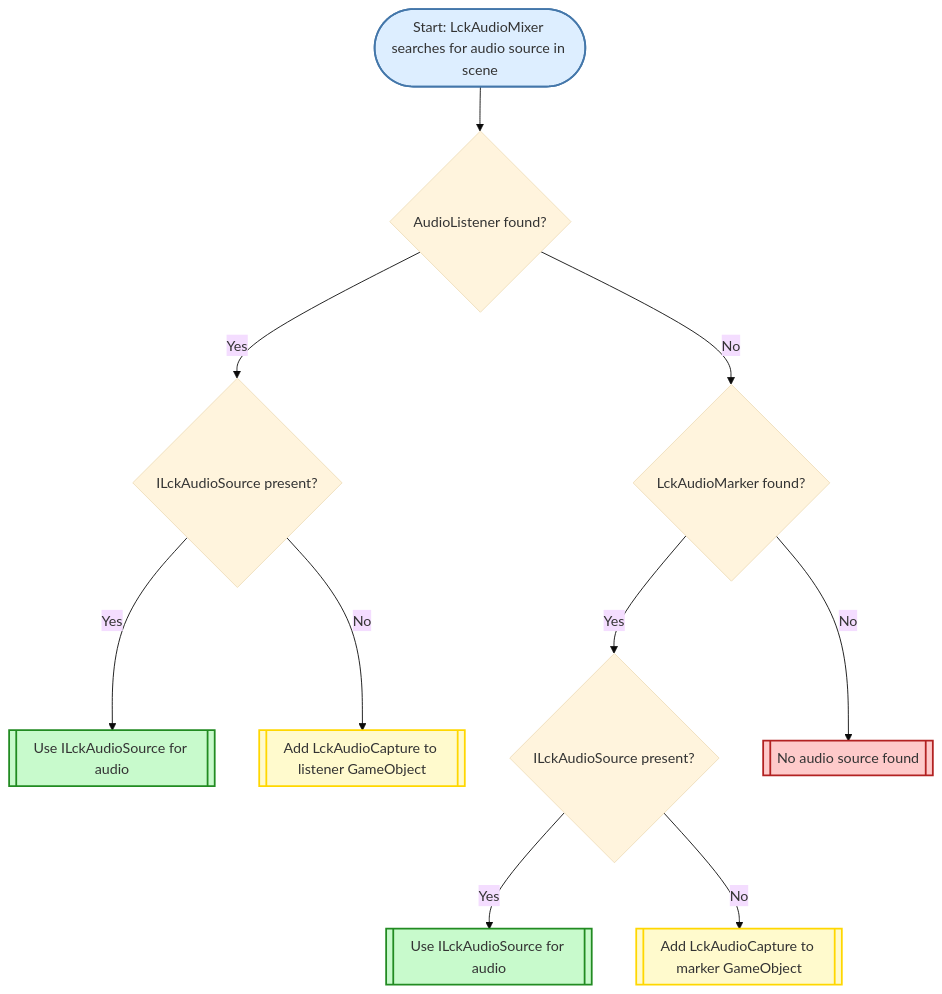
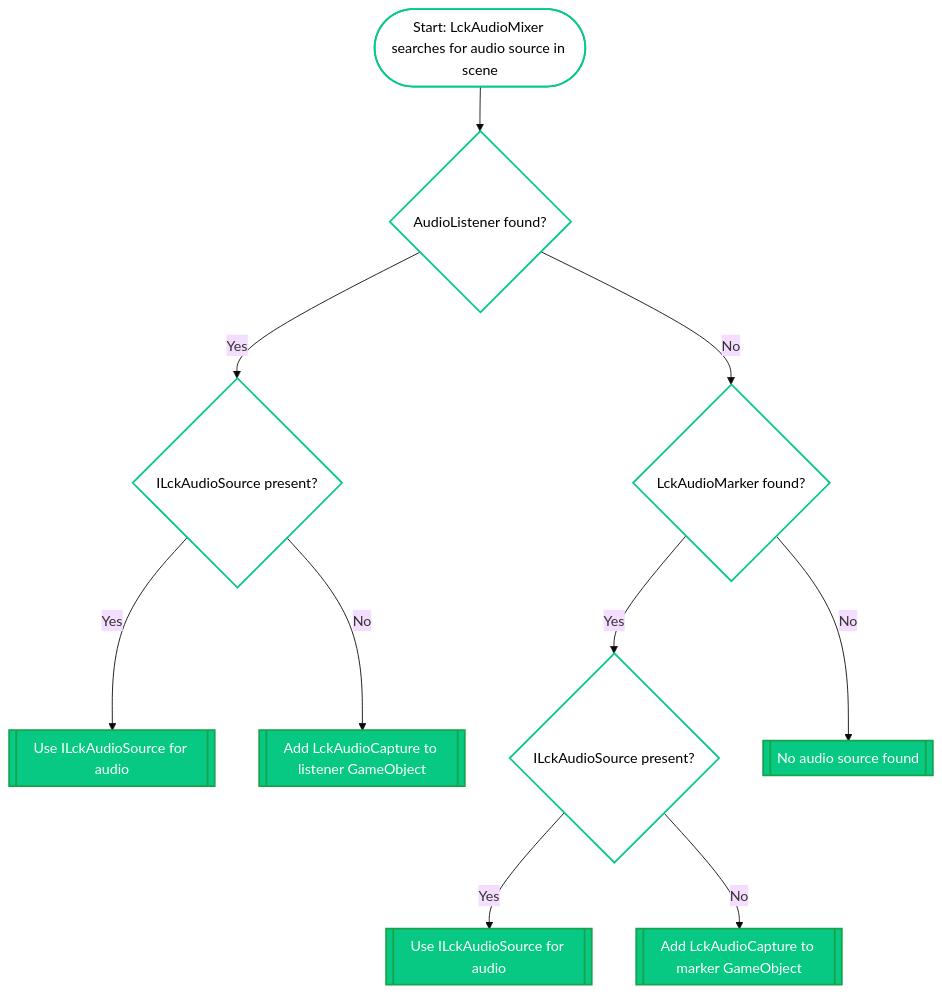
One commit to freydog-liv/docs changed the diagram in customisation/audio.mdx. Above: the diagram before and after it, drawn with Mermaid (base theme).

Commit message:
Documentation edits made through Mintlify web editor

````diff
--- a/customisation/audio.mdx
+++ b/customisation/audio.mdx
@@ -13,24 +13,29 @@
 ```mermaid
 flowchart TD
     A([Start: LckAudioMixer searches for audio source in scene]) --> B{AudioListener found?}
 
     B -->|Yes| C{ILckAudioSource present?}
     C -->|Yes| D[[Use ILckAudioSource for audio]]
     C -->|No| E[[Add LckAudioCapture to listener GameObject]]
 
     B -->|No| F{LckAudioMarker found?}
     F -->|Yes| G{ILckAudioSource present?}
     G -->|Yes| H[[Use ILckAudioSource for audio]]
     G -->|No| I[[Add LckAudioCapture to marker GameObject]]
 
     F -->|No| J[[No audio source found]]
 
 
-        %% Styling
-    style A fill:#DDEEFF,stroke:#4477AA,stroke-width:2px
-    style D fill:#C8FACC,stroke:#228B22,stroke-width:2px
-    style E fill:#FFFACD,stroke:#FFD700,stroke-width:2px
-    style H fill:#C8FACC,stroke:#228B22,stroke-width:2px
-    style I fill:#FFFACD,stroke:#FFD700,stroke-width:2px
-    style J fill:#FECACA,stroke:#B22222,stroke-width:2px
+         %% Styling
+    style A fill:#FFFFFF,stroke:#07C983,stroke-width:2px,color:#000000
+    style B fill:#FFFFFF,stroke:#07C983,stroke-width:2px,color:#000000
+    style C fill:#FFFFFF,stroke:#07C983,stroke-width:2px,color:#000000
+    style F fill:#FFFFFF,stroke:#07C983,stroke-width:2px,color:#000000
+    style G fill:#FFFFFF,stroke:#07C983,stroke-width:2px,color:#000000
+
+    style D fill:#07C983,stroke:#16A34A,stroke-width:2px,color:#FFFFFF
+    style E fill:#07C983,stroke:#16A34A,stroke-width:2px,color:#FFFFFF
+    style H fill:#07C983,stroke:#16A34A,stroke-width:2px,color:#FFFFFF
+    style I fill:#07C983,stroke:#16A34A,stroke-width:2px,color:#FFFFFF
+    style J fill:#07C983,stroke:#16A34A,stroke-width:2px,color:#FFFFFF
 ```
````
